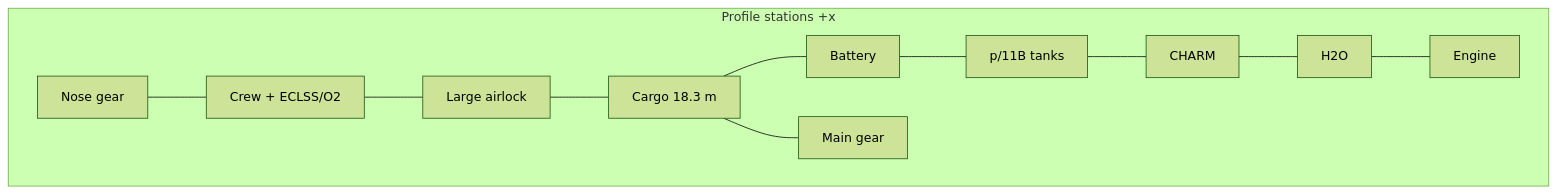
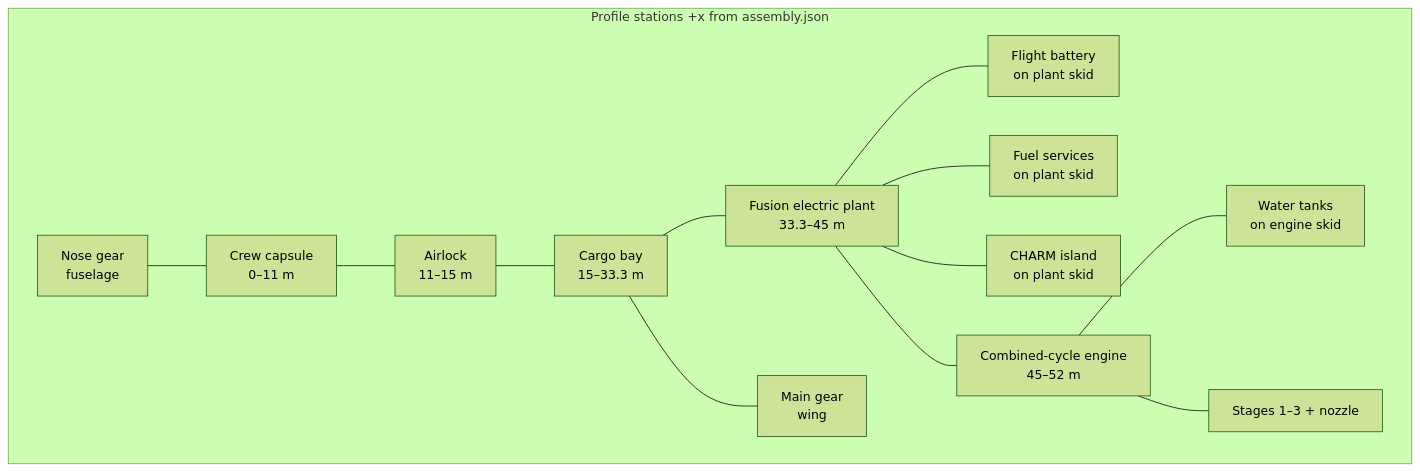
Before and after one commit to catskillsresearch/charm_p11b_ssto: the second of 3 diagrams in arxiv.md, drawn with Mermaid (forest theme). The commit also changed other lines of this file and 2 other files, not shown here.

First line of the commit message:
Reconcile paper figures to assembly.json as SSOT.

````diff
--- a/arxiv.md
+++ b/arxiv.md
@@ -83,24 +106,25 @@
 ```mermaid
 flowchart TD
-  subgraph profile ["Profile stations +x"]
-    N["Nose gear"]
-    C2["Crew + ECLSS/O2"]
-    A2["Large airlock"]
-    B2["Cargo 18.3 m"]
-    BAT2["Battery"]
-    F2["p/11B tanks"]
-    R2["CHARM"]
-    W2["H2O"]
-    E2["Engine"]
-    MG["Main gear"]
-    N --- C2
-    C2 --- A2
-    A2 --- B2
-    B2 --- BAT2
+  subgraph profile ["Profile stations +x from assembly.json"]
+    N["Nose gear<br/>fuselage"]
+    C2["Crew capsule<br/>0–11 m"]
+    A2["Airlock<br/>11–15 m"]
+    B2["Cargo bay<br/>15–33.3 m"]
+    FP["Fusion electric plant<br/>33.3–45 m"]
+    BAT2["Flight battery<br/>on plant skid"]
+    F2["Fuel services<br/>on plant skid"]
+    R2["CHARM island<br/>on plant skid"]
+    ENG["Combined-cycle engine<br/>45–52 m"]
+    W2["Water tanks<br/>on engine skid"]
+    E2["Stages 1–3 + nozzle"]
+    MG["Main gear<br/>wing"]
+    N --- C2 --- A2 --- B2 --- FP
+    FP --- BAT2
+    FP --- F2
+    FP --- R2
+    FP --- ENG
+    ENG --- W2
+    ENG --- E2
     B2 --- MG
-    BAT2 --- F2
-    F2 --- R2
-    R2 --- W2
-    W2 --- E2
   end
 ```
````
